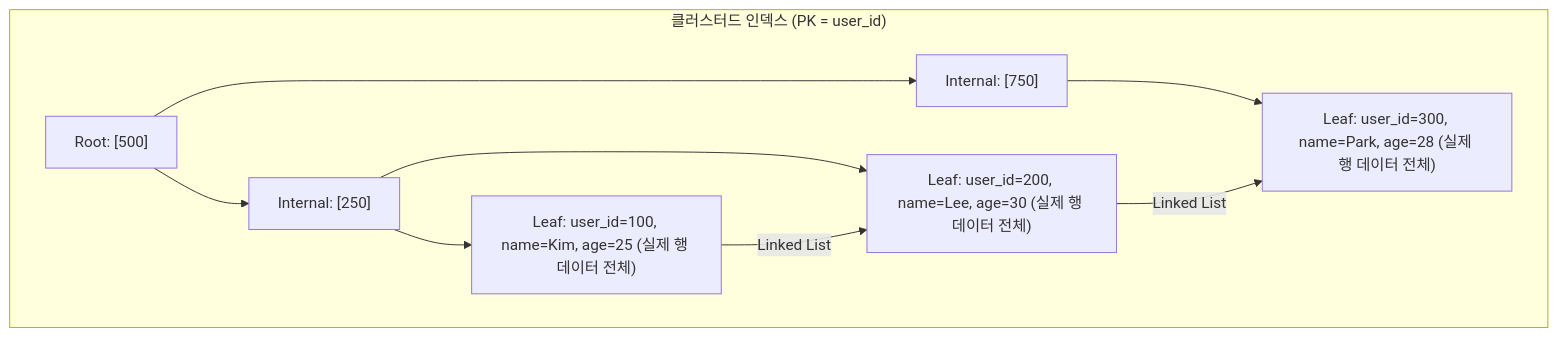
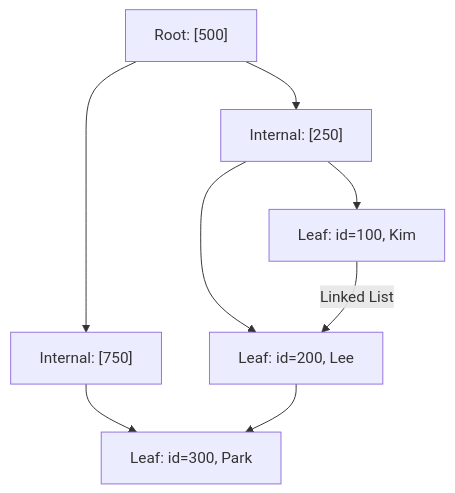
The third of 5 diagrams in _posts/db/2026-05-01-db-index.md (yjkim2015/yjkim2015.github.io), drawn with Mermaid before and after one commit. The commit also changed other lines of this file and 215 other files, not shown here.

First line of the commit message:
신규 포스트 10개 추가 + Mermaid 전면 축소 + SystemDesign 시리즈 보강

````diff
--- a/_posts/db/2026-05-01-db-index.md
+++ b/_posts/db/2026-05-01-db-index.md
@@ -102,17 +81,7 @@
 ```mermaid
 graph TD
-    subgraph "클러스터드 인덱스 (PK = user_id)"
-        Root["Root: [500]"]
-        N1["Internal: [250]"]
-        N2["Internal: [750]"]
-        Root --> N1
-        Root --> N2
-        L1["Leaf: user_id=100, name=Kim, age=25 (실제 행 데이터 전체)"]
-        L2["Leaf: user_id=200, name=Lee, age=30 (실제 행 데이터 전체)"]
-        L3["Leaf: user_id=300, name=Park, age=28 (실제 행 데이터 전체)"]
-        N1 --> L1
-        N1 --> L2
-        N2 --> L3
-        L1 -->|"Linked List"| L2 -->|"Linked List"| L3
-    end
+    Root["Root: [500]"] --> N1["Internal: [250]"] & N2["Internal: [750]"]
+    N1 --> L1["Leaf: id=100, Kim"] & L2["Leaf: id=200, Lee"]
+    N2 --> L3["Leaf: id=300, Park"]
+    L1 -->|"Linked List"| L2 --> L3
 ```
````
